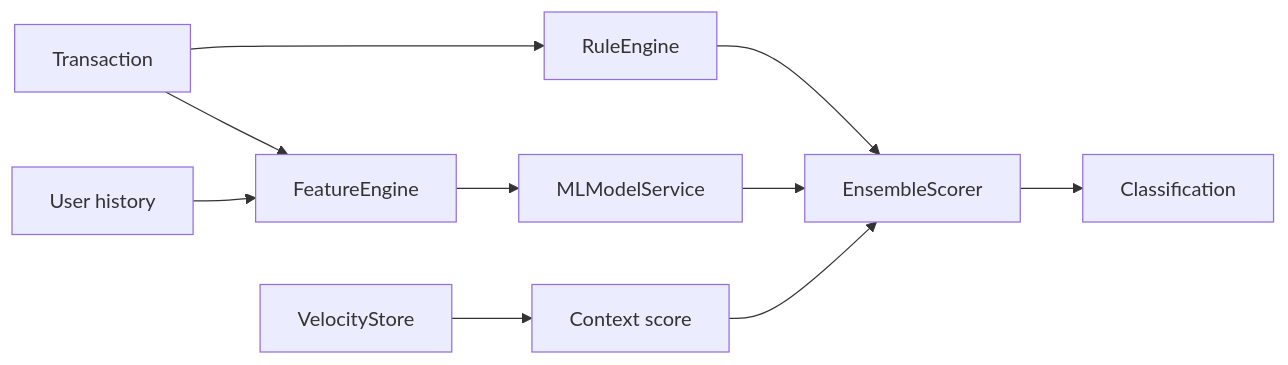
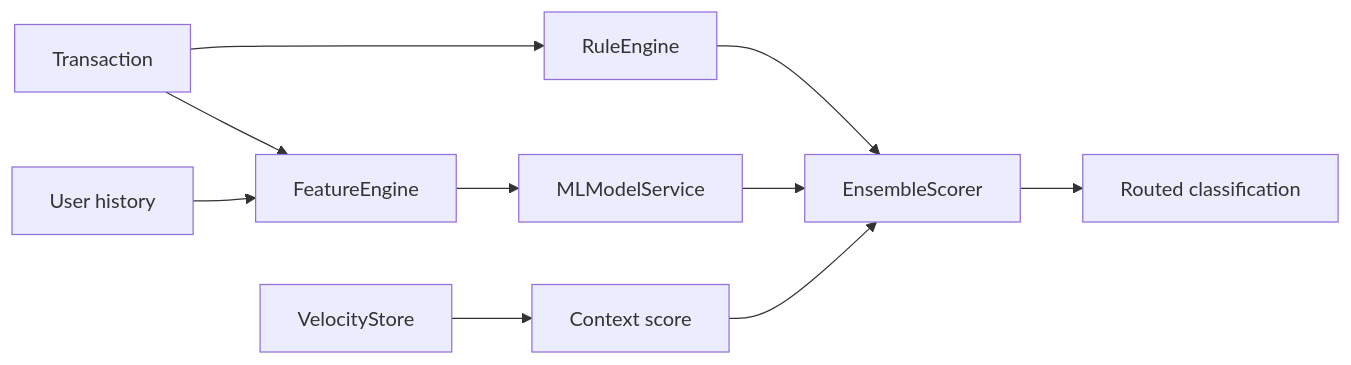
The diagram in docs/wiki/concepts/fraud-scoring-pipeline.md (mikelrh-dev/fraud-detector), drawn with Mermaid before and after one commit. The commit also changed other lines of this file and 7 other files, not shown here.

````diff
--- a/docs/wiki/concepts/fraud-scoring-pipeline.md
+++ b/docs/wiki/concepts/fraud-scoring-pipeline.md
@@ -36,12 +36,12 @@
 ```mermaid
 flowchart LR
     T[Transaction] --> R[RuleEngine]
     T --> F[FeatureEngine]
     H[User history] --> F
     V[VelocityStore] --> C[Context score]
     F --> M[MLModelService]
     R --> E[EnsembleScorer]
     M --> E
     C --> E
-    E --> X[Classification]
+    E --> X[Routed classification]
 ```
````
